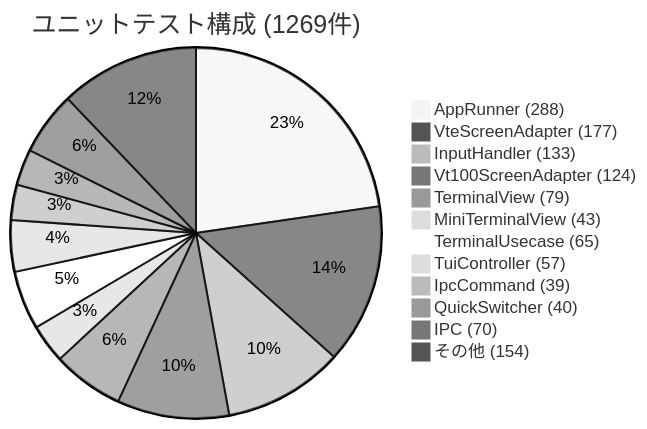
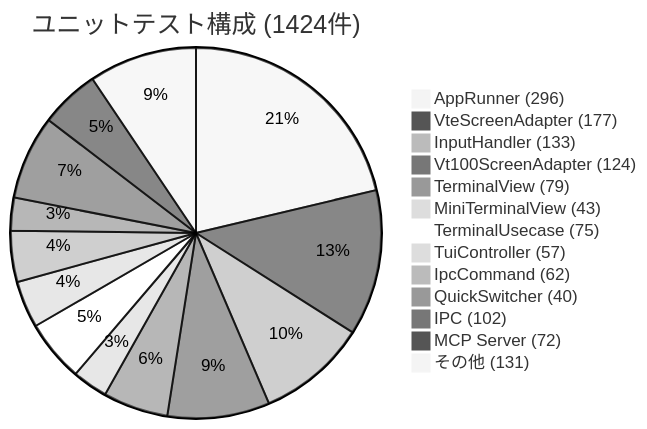
One commit to Kobayashi-takumi/cli-manager changed the sixth of 6 diagrams in README.md. Above: the diagram before and after it, drawn with Mermaid (neutral theme). The commit also changed other lines of this file and 13 other files, not shown here.

First line of the commit message:
Add AI agent API with IPC window commands, socket discovery, and MCP Server (Phase 20)

````diff
--- a/README.md
+++ b/README.md
@@ -614,15 +632,16 @@
 ```mermaid
-pie title ユニットテスト構成 (1269件)
-    "AppRunner (288)" : 288
+pie title ユニットテスト構成 (1424件)
+    "AppRunner (296)" : 296
     "VteScreenAdapter (177)" : 177
     "InputHandler (133)" : 133
     "Vt100ScreenAdapter (124)" : 124
     "TerminalView (79)" : 79
     "MiniTerminalView (43)" : 43
-    "TerminalUsecase (65)" : 65
+    "TerminalUsecase (75)" : 75
     "TuiController (57)" : 57
-    "IpcCommand (39)" : 39
+    "IpcCommand (62)" : 62
     "QuickSwitcher (40)" : 40
-    "IPC (70)" : 70
-    "その他 (154)" : 154
+    "IPC (102)" : 102
+    "MCP Server (72)" : 72
+    "その他 (131)" : 131
 ```
````
